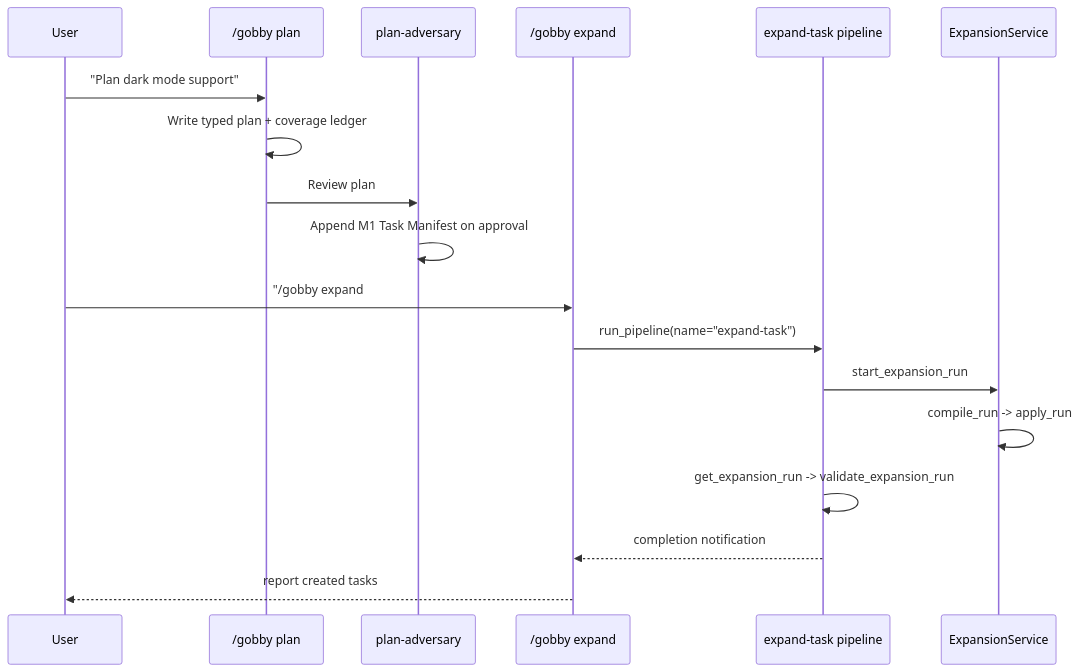
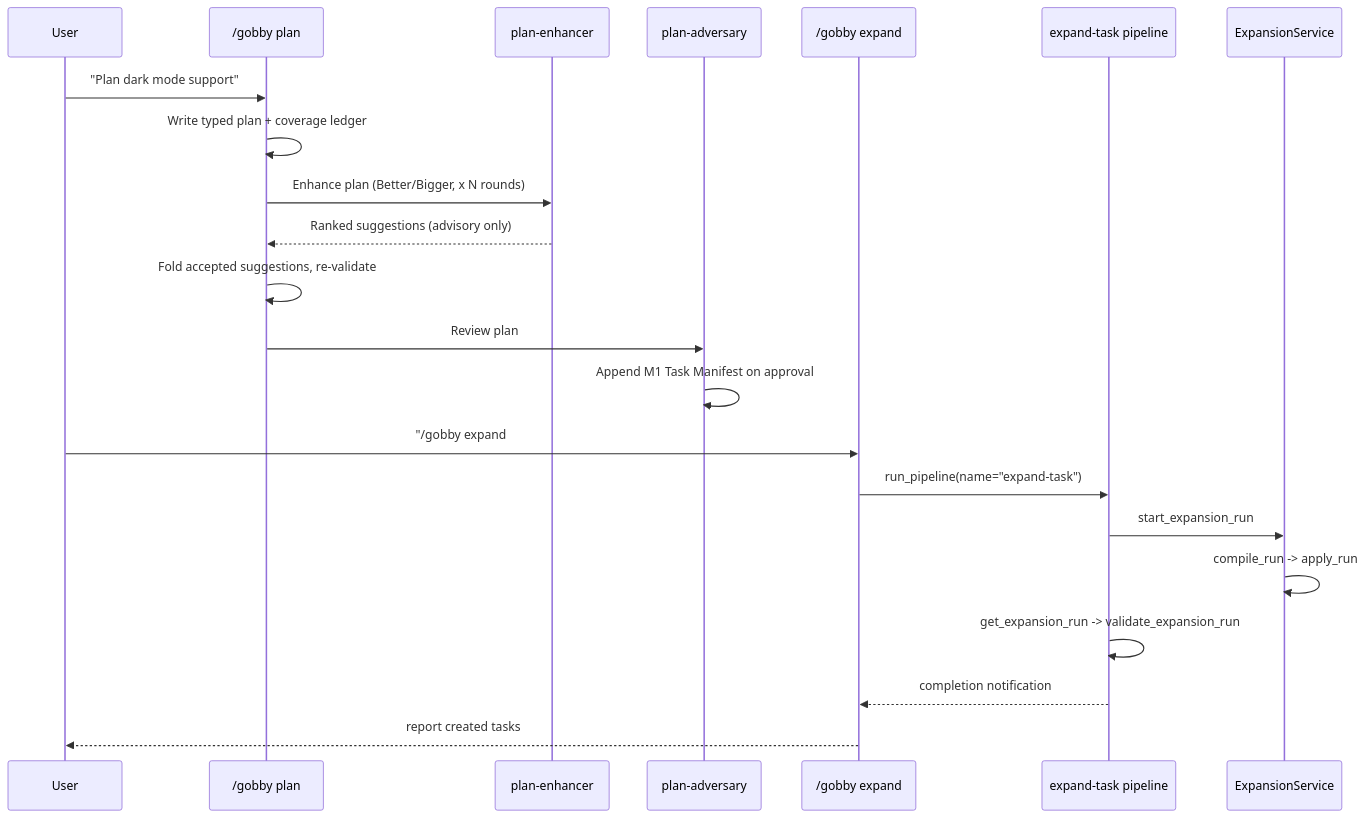
The second of 2 diagrams in docs/guides/task-expansion.md (GobbyAI/gobby), drawn with Mermaid before and after one commit. The commit also changed other lines of this file and 7 other files, not shown here.

First line of the commit message:
[gobby-#17145] docs: document plan-enhancer + proportionality, regenerate bundled manifest

````diff
--- a/docs/guides/task-expansion.md
+++ b/docs/guides/task-expansion.md
@@ -293,21 +300,25 @@
 ```mermaid
 sequenceDiagram
     participant U as User
     participant P as /gobby plan
+    participant N as plan-enhancer
     participant R as plan-adversary
     participant E as /gobby expand
     participant EP as expand-task pipeline
     participant XS as ExpansionService
 
     U->>P: "Plan dark mode support"
     P->>P: Write typed plan + coverage ledger
+    P->>N: Enhance plan (Better/Bigger, x N rounds)
+    N-->>P: Ranked suggestions (advisory only)
+    P->>P: Fold accepted suggestions, re-validate
     P->>R: Review plan
     R->>R: Append M1 Task Manifest on approval
     U->>E: "/gobby expand #42 .gobby/plans/dark-mode.md"
     E->>EP: run_pipeline(name="expand-task")
     EP->>XS: start_expansion_run
     XS->>XS: compile_run -> apply_run
     EP->>EP: get_expansion_run -> validate_expansion_run
     EP-->>E: completion notification
     E-->>U: report created tasks
 ```
````
